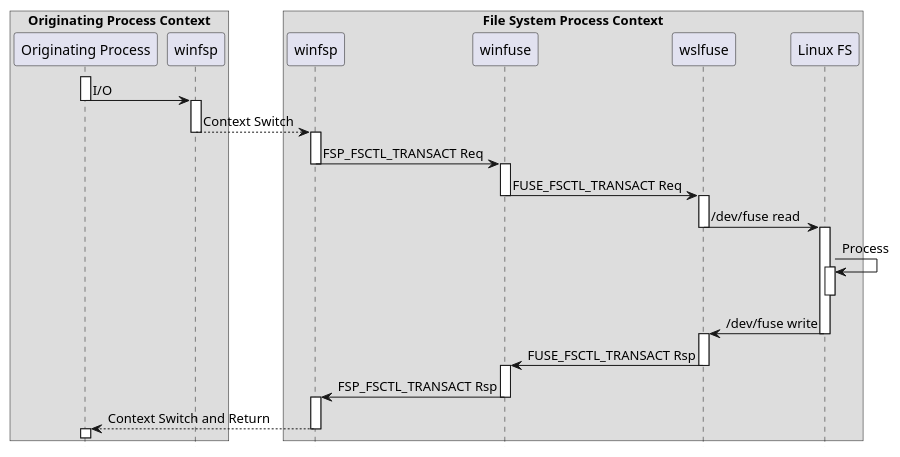
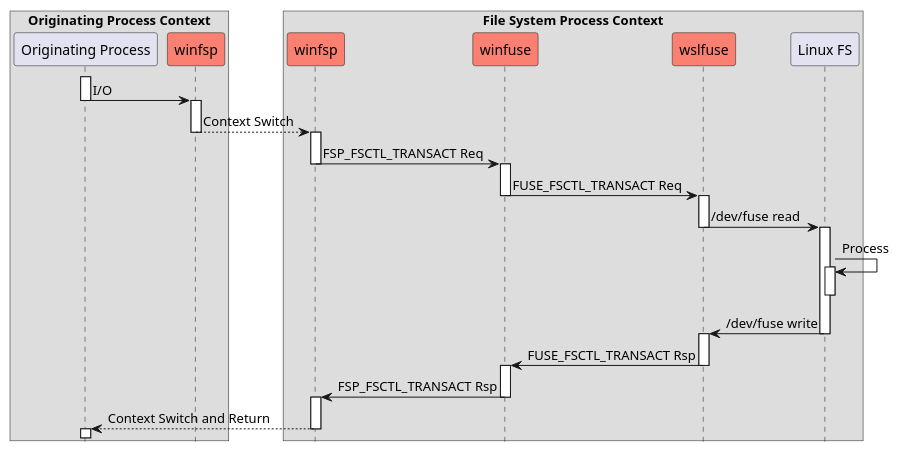
Before and after one commit to billziss-gh/winfuse: the diagram in doc/wslseq.puml, drawn with PlantUML. The commit also changed 8 other files, not shown here.

Commit message:
doc: update diagrams

```diff
--- a/doc/wslseq.puml
+++ b/doc/wslseq.puml
@@ -1,44 +1,44 @@
 hide footbox
 
 box "Originating Process Context"
     participant "Originating Process" as OP
-    participant "winfsp" as winfspOP
+    participant "winfsp" as winfspOP #Salmon
 end box
 box "File System Process Context"
-    participant "winfsp" as winfspFS
-    participant winfuse
-    participant wslfuse
+    participant "winfsp" as winfspFS #Salmon
+    participant winfuse #Salmon
+    participant wslfuse #Salmon
     participant "Linux FS" as FS
 end box
 
 activate OP
 OP->winfspOP: I/O
 deactivate OP
 activate winfspOP
 winfspOP-->winfspFS: Context Switch
 deactivate winfspOP
 activate winfspFS
 winfspFS->winfuse: FSP_FSCTL_TRANSACT Req
 deactivate winfspFS
 activate winfuse
 winfuse->wslfuse: FUSE_FSCTL_TRANSACT Req
 deactivate winfuse
 activate wslfuse
 wslfuse->FS: /dev/fuse read
 deactivate wslfuse
 activate FS
 FS->FS: Process
 activate FS
 deactivate FS
 FS->wslfuse: /dev/fuse write
 deactivate FS
 activate wslfuse
 wslfuse->winfuse: FUSE_FSCTL_TRANSACT Rsp
 deactivate wslfuse
 activate winfuse
 winfuse->winfspFS: FSP_FSCTL_TRANSACT Rsp
 deactivate winfuse
 activate winfspFS
 winfspFS-->OP: Context Switch and Return
 deactivate winfspFS
 activate OP
```
